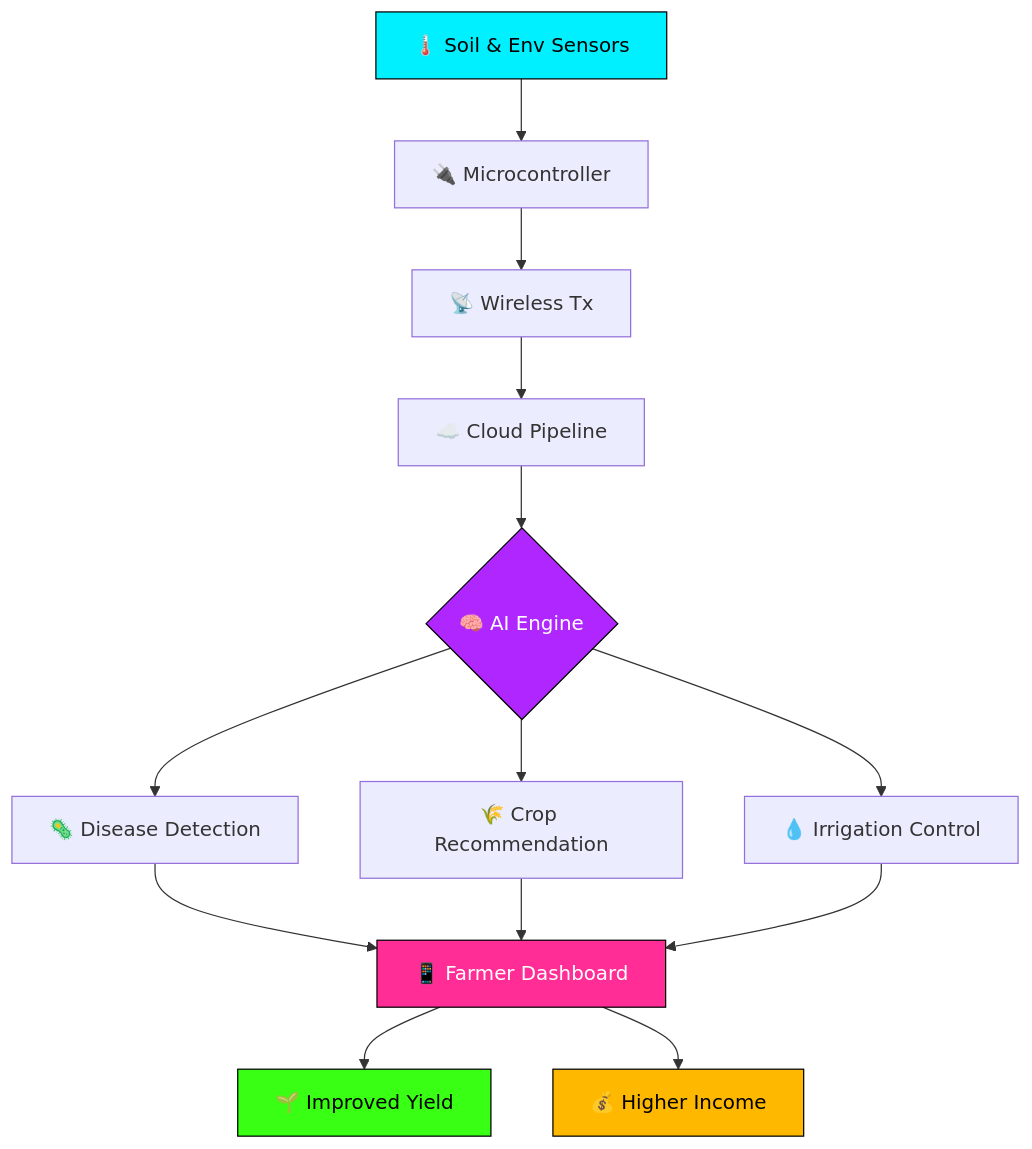
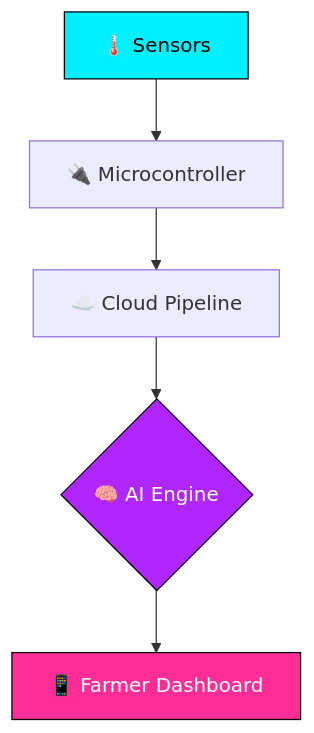
The first of 2 diagrams in README.md (sabeeshvar/Portfolio), drawn with Mermaid before and after one commit. The commit also changed other lines of this file, not shown here.

````diff
--- a/README.md
+++ b/README.md
@@ -252,21 +190,11 @@
 ```mermaid
 flowchart TD
-    A[🌡️ Soil & Env Sensors] --> B[🔌 Microcontroller]
-    B --> C[📡 Wireless Tx]
-    C --> D[☁️ Cloud Pipeline]
-    D --> E{🧠 AI Engine}
-    E --> F[🦠 Disease Detection]
-    E --> G[🌾 Crop Recommendation]
-    E --> H[💧 Irrigation Control]
-    F --> I[📱 Farmer Dashboard]
-    G --> I
-    H --> I
-    I --> J[🌱 Improved Yield]
-    I --> K[💰 Higher Income]
+    A[🌡️ Sensors] --> B[🔌 Microcontroller]
+    B --> C[☁️ Cloud Pipeline]
+    C --> D{🧠 AI Engine}
+    D --> E[📱 Farmer Dashboard]
 
     style A fill:#00F0FF,stroke:#000,color:#000
-    style E fill:#B026FF,stroke:#000,color:#fff
-    style I fill:#FF2D95,stroke:#000,color:#fff
-    style J fill:#39FF14,stroke:#000,color:#000
-    style K fill:#FFB800,stroke:#000,color:#000
+    style D fill:#B026FF,stroke:#000,color:#fff
+    style E fill:#FF2D95,stroke:#000,color:#fff
 ```
````
